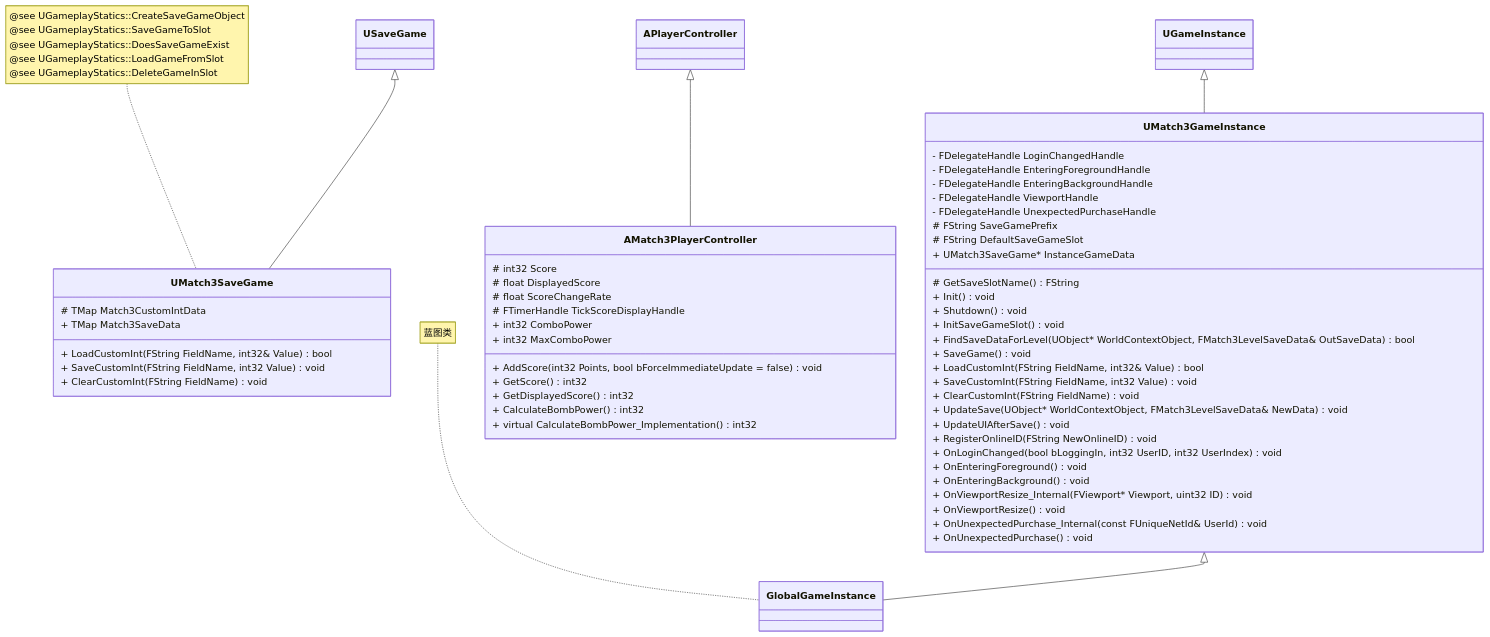
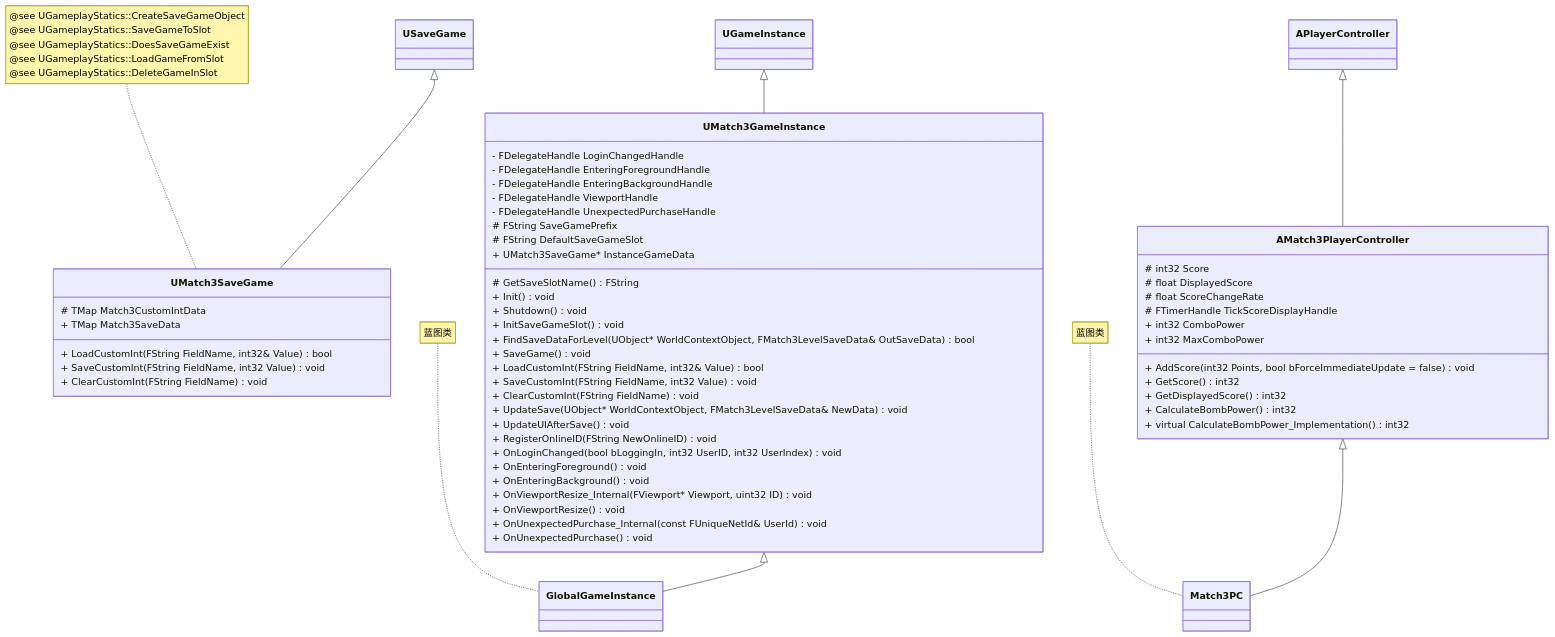
One commit to caodhuan/match3 changed the second of 2 diagrams in flow.md. Above: the diagram before and after it, drawn with Mermaid. The commit also changed other lines of this file and 12 other files, not shown here.

````diff
--- a/flow.md
+++ b/flow.md
@@ -57,71 +57,74 @@
 ```mermaid   
 classDiagram
 USaveGame <|-- UMatch3SaveGame
 class UMatch3SaveGame {
   # TMap<FString, int32> Match3CustomIntData
   + TMap<FString, FMatch3LevelSaveData> Match3SaveData
   + LoadCustomInt(FString FieldName, int32& Value) bool
   + SaveCustomInt(FString FieldName, int32 Value) void
   + ClearCustomInt(FString FieldName) void 
 } 
 note for UMatch3SaveGame  "
 @see UGameplayStatics::CreateSaveGameObject
 @see UGameplayStatics::SaveGameToSlot
 @see UGameplayStatics::DoesSaveGameExist
 @see UGameplayStatics::LoadGameFromSlot
 @see UGameplayStatics::DeleteGameInSlot
 "
 UGameInstance <|-- UMatch3GameInstance
 class UMatch3GameInstance {
   - FDelegateHandle LoginChangedHandle
   - FDelegateHandle EnteringForegroundHandle
   - FDelegateHandle EnteringBackgroundHandle
   - FDelegateHandle ViewportHandle
   - FDelegateHandle UnexpectedPurchaseHandle
   # FString SaveGamePrefix
   # FString DefaultSaveGameSlot
   + UMatch3SaveGame* InstanceGameData
 
   # GetSaveSlotName() FString
   + Init() void
   + Shutdown() void
   + InitSaveGameSlot() void
   + FindSaveDataForLevel(UObject* WorldContextObject, FMatch3LevelSaveData& OutSaveData) bool  
   + SaveGame() void
   + LoadCustomInt(FString FieldName, int32& Value) bool 
   + SaveCustomInt(FString FieldName, int32 Value) void   
   + ClearCustomInt(FString FieldName) void 
   + UpdateSave(UObject* WorldContextObject, FMatch3LevelSaveData& NewData) void
   + UpdateUIAfterSave() void
   + RegisterOnlineID(FString NewOnlineID) void
   + OnLoginChanged(bool bLoggingIn, int32 UserID, int32 UserIndex) void
   + OnEnteringForeground() void
   + OnEnteringBackground() void
   + OnViewportResize_Internal(FViewport* Viewport, uint32 ID) void
   + OnViewportResize() void
   + OnUnexpectedPurchase_Internal(const FUniqueNetId& UserId) void
   + OnUnexpectedPurchase() void
 }
 
 UMatch3GameInstance <|-- GlobalGameInstance
 note for GlobalGameInstance "蓝图类"
 
 
 APlayerController <|-- AMatch3PlayerController
 class AMatch3PlayerController {
   # int32 Score
   # float DisplayedScore
   # float ScoreChangeRate
   # FTimerHandle TickScoreDisplayHandle
 
   + int32 ComboPower
   + int32 MaxComboPower
   + AddScore(int32 Points, bool bForceImmediateUpdate = false) void
   + GetScore() int32
   + GetDisplayedScore() int32
   + CalculateBombPower() int32
   + virtual CalculateBombPower_Implementation() int32
 
 }
 
+AMatch3PlayerController <|-- Match3PC
+note for Match3PC "蓝图类"
+
 ```
````
